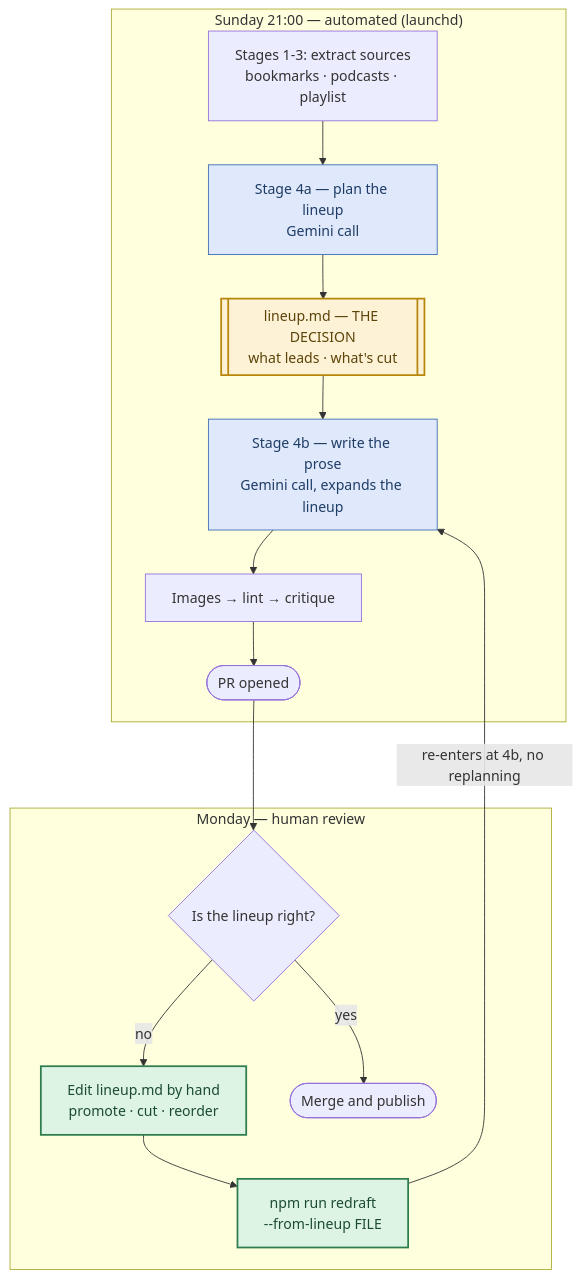
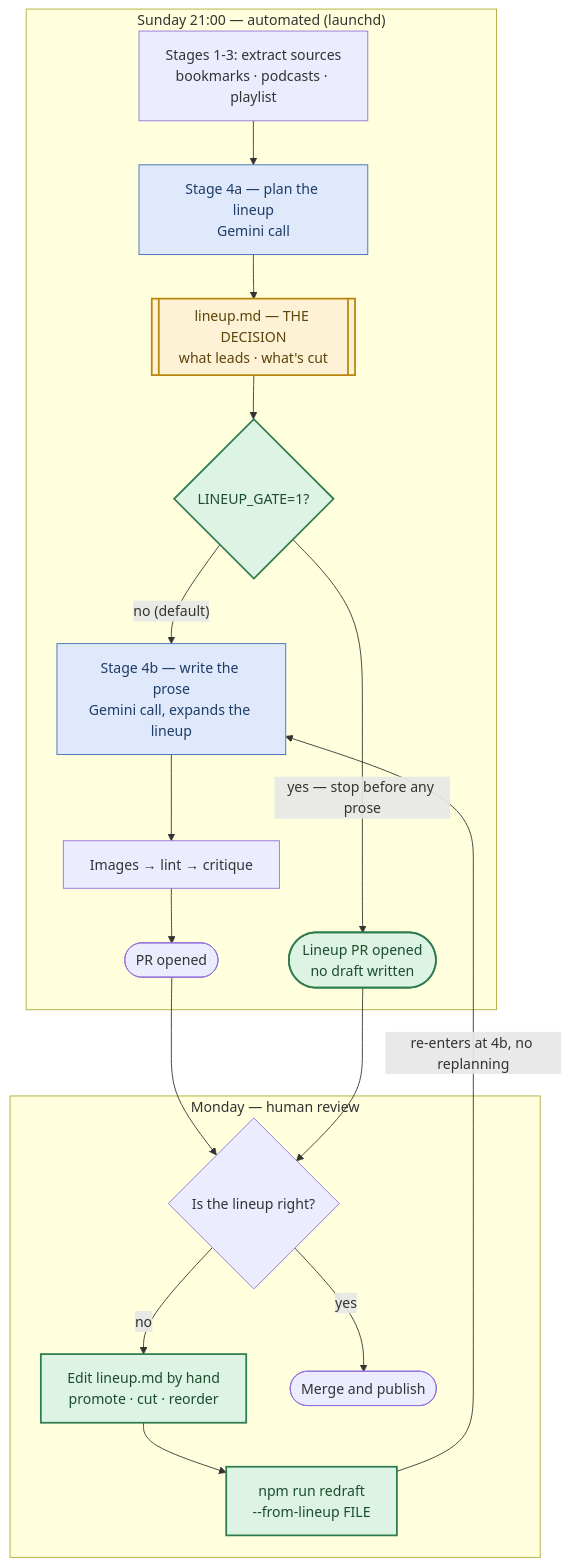
One commit to siguy/brief-signal changed the diagram in docs/diagrams/editorial-gate.mmd. Above: the diagram before and after it, drawn with Mermaid. The commit also changed 13 other files, not shown here.

First line of the commit message:
Review the lineup before the edition is written (#112)

```diff
--- a/docs/diagrams/editorial-gate.mmd
+++ b/docs/diagrams/editorial-gate.mmd
@@ -1,31 +1,35 @@
 %% THE EDITORIAL GATE — Brief Signal briefing pipeline
 %% Source of truth for this diagram. Edit this file, never the exported SVG.
 %% Renders on GitHub, in VS Code (Mermaid extension), and at mermaid.live.
 %% Re-export: npx @mermaid-js/mermaid-cli -i docs/diagrams/editorial-gate.mmd -o docs/diagrams/editorial-gate.svg
 %% The one idea: lineup.md IS the editorial decision; the draft is only its execution.
 %% See docs/editorial-process.md for the prose version.
 flowchart TD
     subgraph sunday["Sunday 21:00 — automated (launchd)"]
         extract["Stages 1-3: extract sources<br/>bookmarks · podcasts · playlist"]
         s4a["Stage 4a — plan the lineup<br/>Gemini call"]
         lineup[["lineup.md — THE DECISION<br/>what leads · what's cut"]]
+        gate{"LINEUP_GATE=1?"}
         s4b["Stage 4b — write the prose<br/>Gemini call, expands the lineup"]
         checks["Images → lint → critique"]
         pr(["PR opened"])
+        lineupPr(["Lineup PR opened<br/>no draft written"])
     end
     subgraph monday["Monday — human review"]
         review{"Is the lineup right?"}
         edit["Edit lineup.md by hand<br/>promote · cut · reorder"]
         redraft["npm run redraft<br/>--from-lineup FILE"]
         merge(["Merge and publish"])
     end
-    extract --> s4a --> lineup --> s4b --> checks --> pr --> review
+    extract --> s4a --> lineup --> gate
+    gate -->|"no (default)"| s4b --> checks --> pr --> review
+    gate -->|"yes — stop before any prose"| lineupPr --> review
     review -->|yes| merge
     review -->|no| edit --> redraft
     redraft -->|"re-enters at 4b, no replanning"| s4b
     classDef decision fill:#fdf1d6,stroke:#b8860b,stroke-width:2px,color:#5c4409
     classDef gate fill:#ddf3e4,stroke:#2f7d4f,stroke-width:2px,color:#1c4c30
     classDef llm fill:#dfe9fb,stroke:#3b6bb5,color:#1f3c66
     class lineup decision
-    class redraft,edit gate
+    class redraft,edit,gate,lineupPr gate
     class s4a,s4b llm
```
